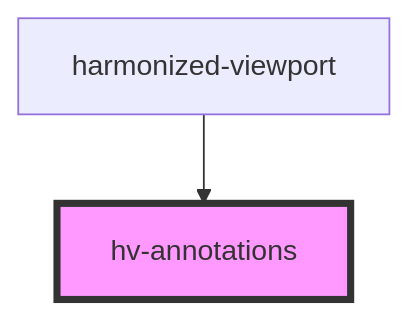
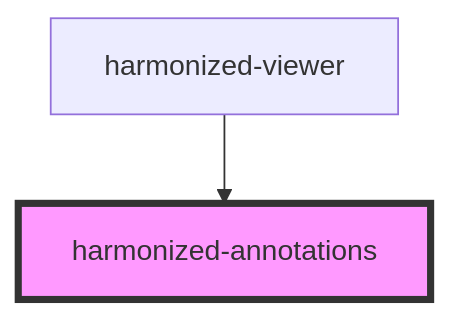
One commit to bac-lac/lac-harmonized-viewer changed the diagram in src/components/annotations/readme.md. Above: the diagram before and after it, drawn with Mermaid. The commit also changed other lines of this file and 17 other files, not shown here.

````diff
--- a/src/components/annotations/readme.md
+++ b/src/components/annotations/readme.md
@@ -15,5 +15,5 @@
 ```mermaid
 graph TD;
-  harmonized-viewport --> hv-annotations
-  style hv-annotations fill:#f9f,stroke:#333,stroke-width:4px
+  harmonized-viewer --> harmonized-annotations
+  style harmonized-annotations fill:#f9f,stroke:#333,stroke-width:4px
 ```
````
